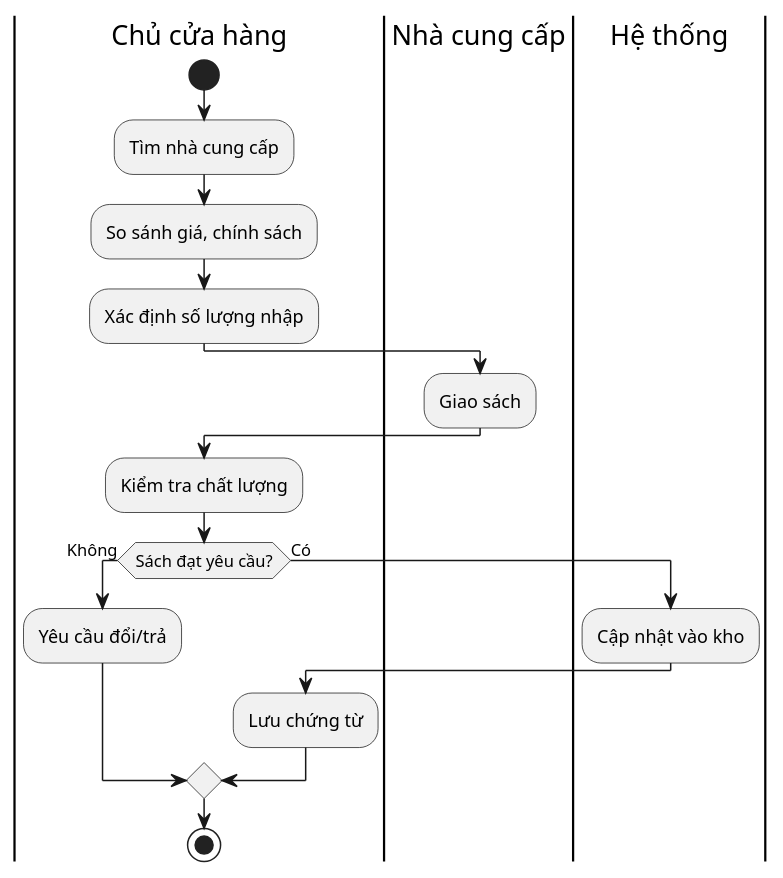
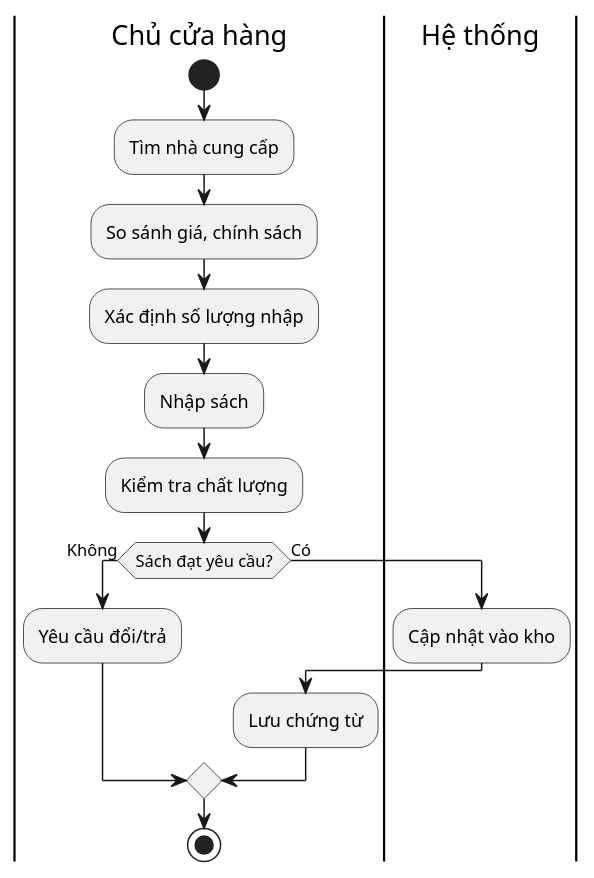
Before and after one commit to khanh-nd1204/book-app: the diagram in app-service/document/flow/import.puml, drawn with PlantUML. The commit also changed 10 other files, not shown here.

```diff
--- a/app-service/document/flow/import.puml
+++ b/app-service/document/flow/import.puml
@@ -1,20 +1,18 @@
 @startuml
 |Chủ cửa hàng|
 start
 :Tìm nhà cung cấp;
 :So sánh giá, chính sách;
 :Xác định số lượng nhập;
-|Nhà cung cấp|
-:Giao sách;
-|Chủ cửa hàng|
+:Nhập sách;
 :Kiểm tra chất lượng;
 if (Sách đạt yêu cầu?) then (Không)
     :Yêu cầu đổi/trả;
 else (Có)
     |Hệ thống|
     :Cập nhật vào kho;
     |Chủ cửa hàng|
     :Lưu chứng từ;
 endif
 stop
 @enduml
```
